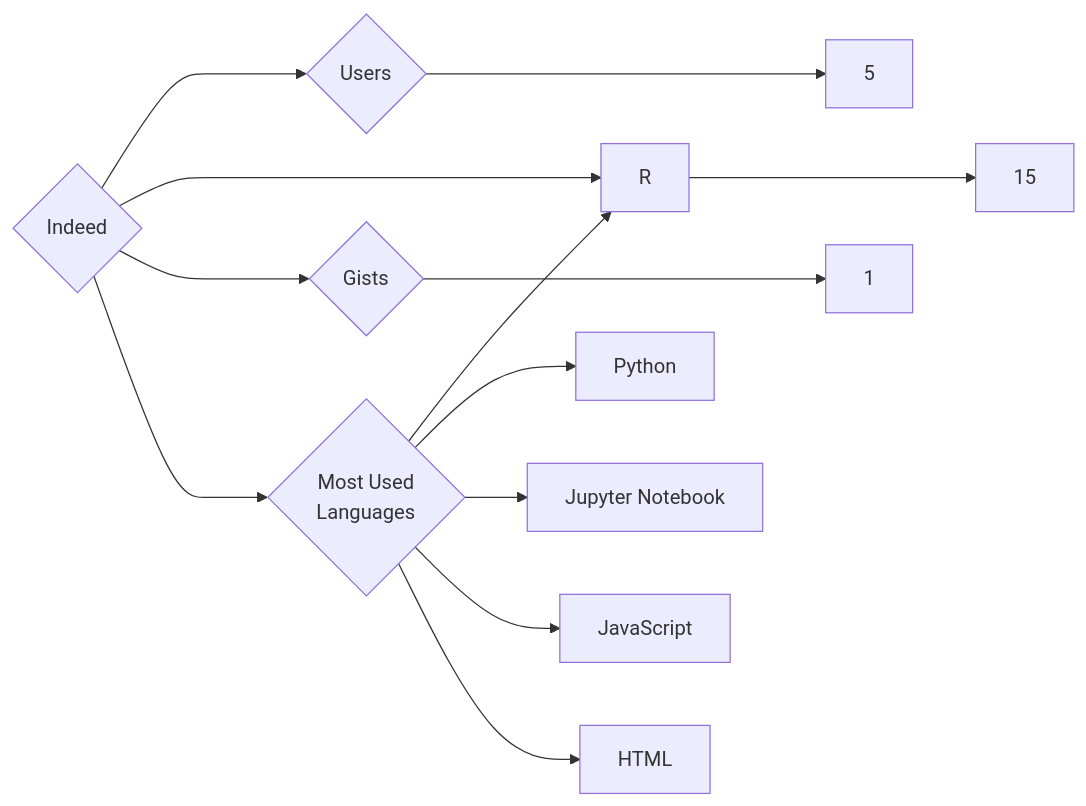
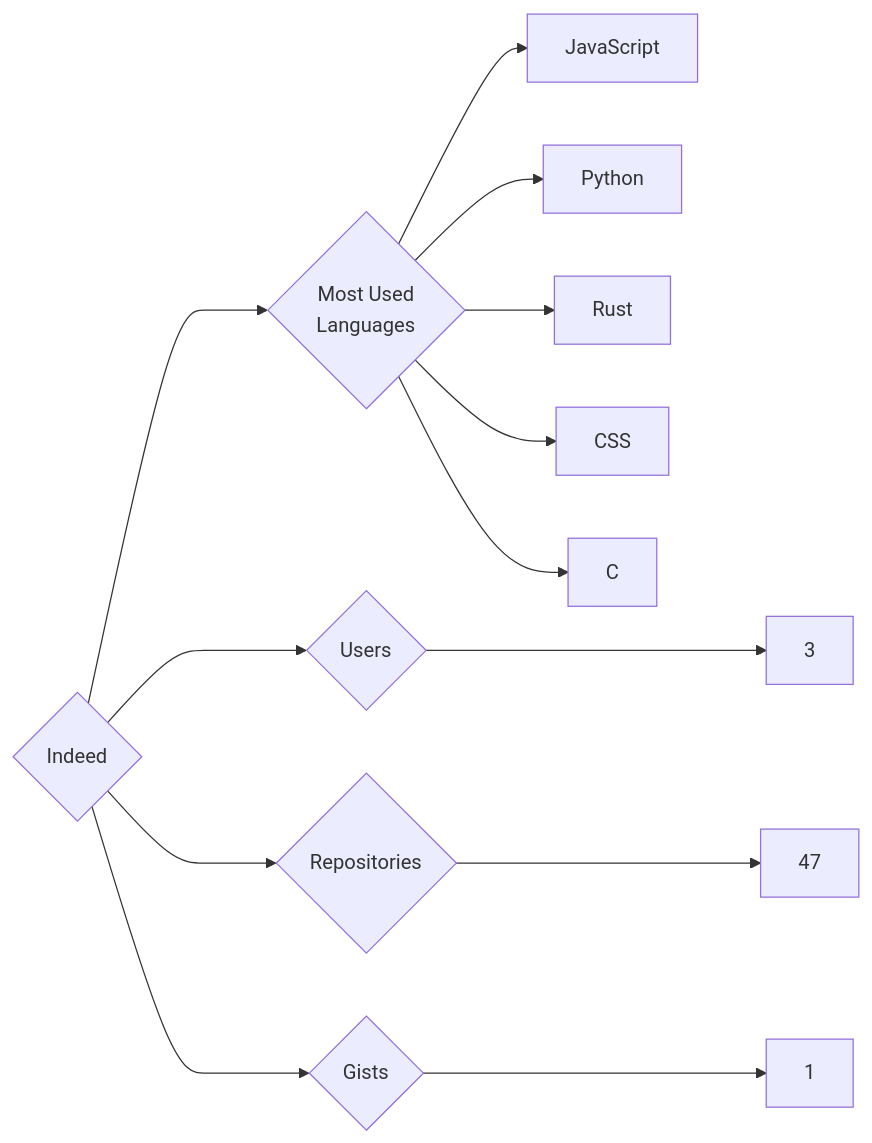
The diagram in targets/Indeed/README.md (trickest/insiders), drawn with Mermaid before and after one commit. The commit also changed 679 other files, not shown here.

````diff
--- a/targets/Indeed/README.md
+++ b/targets/Indeed/README.md
@@ -3,13 +3,13 @@
 ```mermaid
 graph LR
 COMPANY_NAME{Indeed}
-COMPANY_NAME ---> U{Users} ---> UN[5]
-COMPANY_NAME ---> R{Repositories} ---> RN[15]
+COMPANY_NAME ---> U{Users} ---> UN[3]
+COMPANY_NAME ---> R{Repositories} ---> RN[47]
 COMPANY_NAME ---> G{Gists} ---> GN[1]
 COMPANY_NAME ---> ML{Most Used<br>Languages}
-ML --> R[R]
+ML --> JavaScript[JavaScript]
 ML --> Python[Python]
-ML --> Jupyter_Notebook[Jupyter Notebook]
-ML --> JavaScript[JavaScript]
-ML --> HTML[HTML]
+ML --> Rust[Rust]
+ML --> CSS[CSS]
+ML --> C[C]
 ```
````
